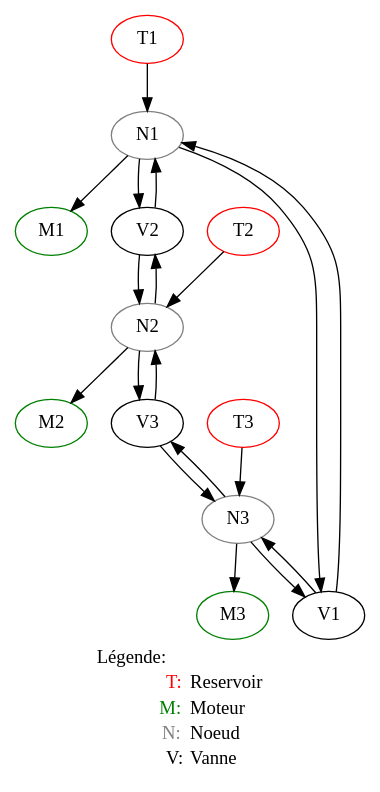
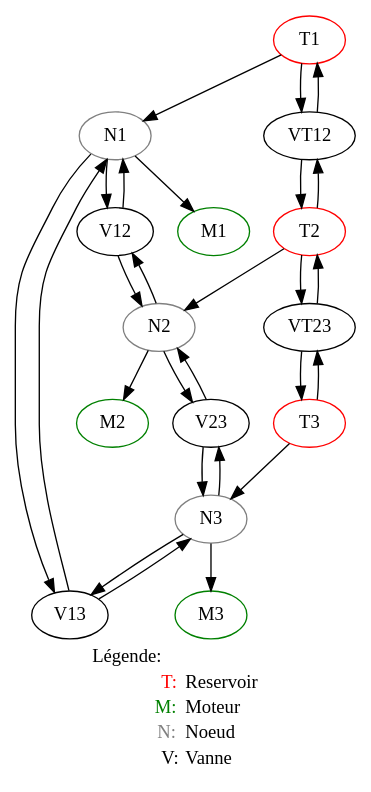
One commit to Sholde/ProjetLA changed the diagram in schema/schema.dot. Above: the diagram before and after it, drawn with Graphviz.

Commit message:
Ajout des transitions entre les reservoires et correction du schema

```diff
--- a/schema/schema.dot
+++ b/schema/schema.dot
@@ -1,42 +1,42 @@
 digraph G {
-	/* Dessins */
+	/* Dessins */	
 	T1,T2,T3 [
 		color = red
 	]
 	M1,M2,M3 [
 		color = green
 	]
 	N1,N2,N3 [ 
 		color = grey
 	]
-	
 	label = <<TABLE BORDER="0" CELLBORDER="0" CELLSPACING="0">
 	<TR><TD ALIGN="right" >Légende:</TD></TR>
 	<TR><TD ALIGN="right" ><FONT COLOR="red">T:</FONT></TD><TD ALIGN="left" >Reservoir</TD></TR>
 	<TR><TD ALIGN="right" ><FONT COLOR="green">M:</FONT></TD><TD ALIGN="left" >Moteur</TD></TR>
 	<TR><TD ALIGN="right" ><FONT COLOR="grey">N:</FONT></TD><TD ALIGN="left" >Noeud</TD></TR>
 	<TR><TD ALIGN="right" ><FONT COLOR="black">V:</FONT></TD><TD ALIGN="left" >Vanne</TD></TR>
 	</TABLE>>
-
+	T1 -> VT12 -> T2;
+	T2 -> VT12 -> T1;
+	T2 -> VT23 -> T3;
+	T3 -> VT23 -> T2;
+	
 	T1 -> N1;
 	T2 -> N2;
 	T3 -> N3;
 	N1 -> M1;
-	N1 -> V2;
-	V2 -> N2;
-	N1 -> V1;
-	V1 -> N3;
-	
+	N1 -> V12;
+	V12 -> N2;
+	N1 -> V13;
 	N2 -> M2;
-	N2 -> V2;
-	V2 -> N1;
-	N2 -> V3;
-	V3 -> N3;
-	
+	N2 -> V12;
+	V12 -> N1;
+	N2 -> V23;
+	V23 -> N3;
 	N3 -> M3;
-	N3 -> V3;
-	V3 -> N2;
-	N3 -> V1;
-	V1 -> N1;
-
+	N3 -> V23;
+	V23 -> N2;
+	N3 -> V13;
+	V13 -> N1;
+	V13 -> N3;
 }
```
